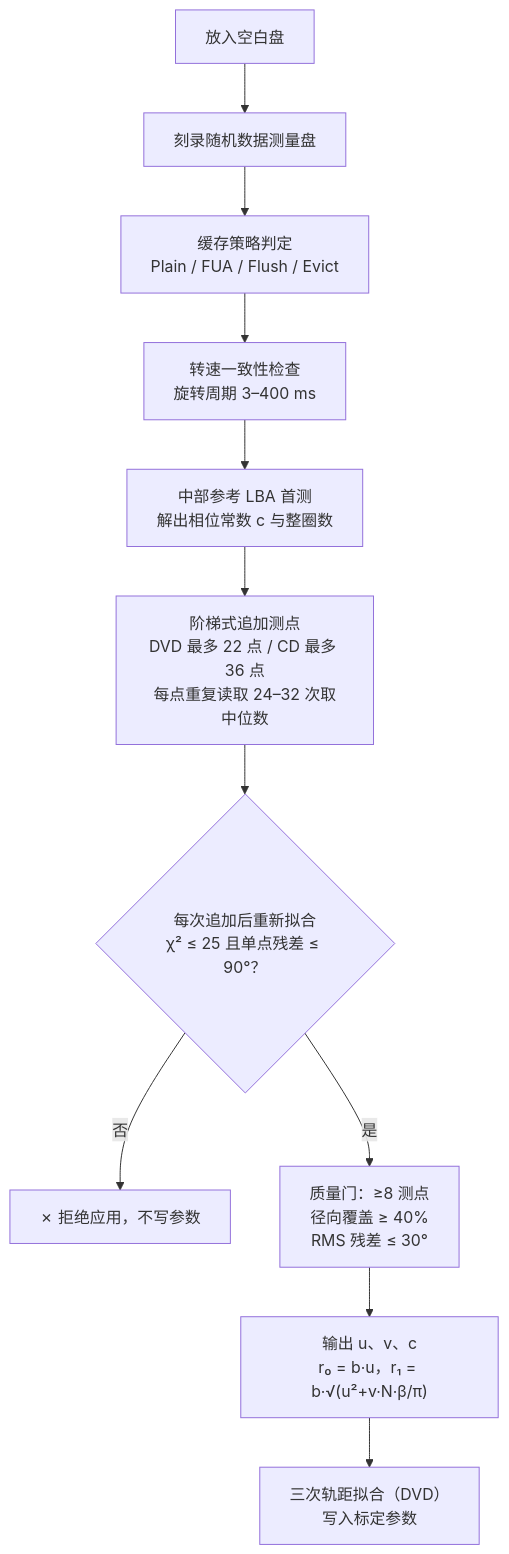
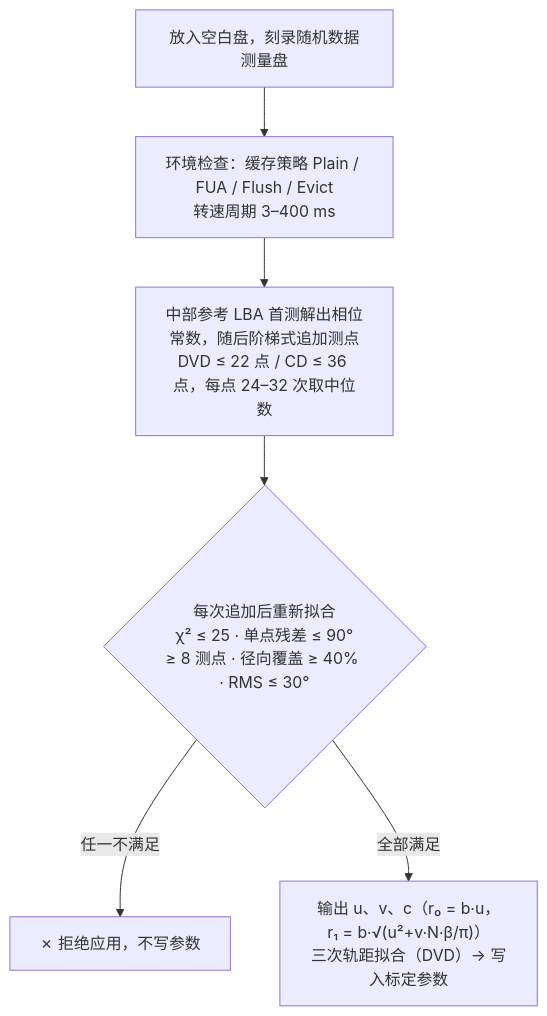
Before and after one commit to 123RDST/DiscImageStudio: the first of 2 diagrams in README.md, drawn with Mermaid.

Commit message:
README: compact the calibration flowchart
Merge the 11-node vertical chart into 5 levels; quality gates fold into
the decision node, halving its height.

````diff
--- a/README.md
+++ b/README.md
@@ -99,13 +99,8 @@
 ```mermaid
 flowchart TD
-    A["放入空白盘"] --> B["刻录随机数据测量盘"]
-    B --> C["缓存策略判定<br/>Plain / FUA / Flush / Evict"]
-    C --> D["转速一致性检查<br/>旋转周期 3–400 ms"]
-    D --> E["中部参考 LBA 首测<br/>解出相位常数 c 与整圈数"]
-    E --> F["阶梯式追加测点<br/>DVD 最多 22 点 / CD 最多 36 点<br/>每点重复读取 24–32 次取中位数"]
-    F --> G{"每次追加后重新拟合<br/>χ² ≤ 25 且单点残差 ≤ 90°？"}
-    G -- "否" --> H["✗ 拒绝应用，不写参数"]
-    G -- "是" --> I["质量门：≥8 测点<br/>径向覆盖 ≥ 40%<br/>RMS 残差 ≤ 30°"]
-    I --> J["输出 u、v、c<br/>r₀ = b·u，r₁ = b·√(u²+v·N·β/π)"]
-    J --> K["三次轨距拟合（DVD）<br/>写入标定参数"]
+    A["放入空白盘，刻录随机数据测量盘"] --> B["环境检查：缓存策略 Plain / FUA / Flush / Evict<br/>转速周期 3–400 ms"]
+    B --> C["中部参考 LBA 首测解出相位常数，随后阶梯式追加测点<br/>DVD ≤ 22 点 / CD ≤ 36 点，每点 24–32 次取中位数"]
+    C --> D{"每次追加后重新拟合<br/>χ² ≤ 25 · 单点残差 ≤ 90°<br/>≥ 8 测点 · 径向覆盖 ≥ 40% · RMS ≤ 30°"}
+    D -- "任一不满足" --> E["✗ 拒绝应用，不写参数"]
+    D -- "全部满足" --> F["输出 u、v、c（r₀ = b·u，r₁ = b·√(u²+v·N·β/π)）<br/>三次轨距拟合（DVD）→ 写入标定参数"]
 ```
````
